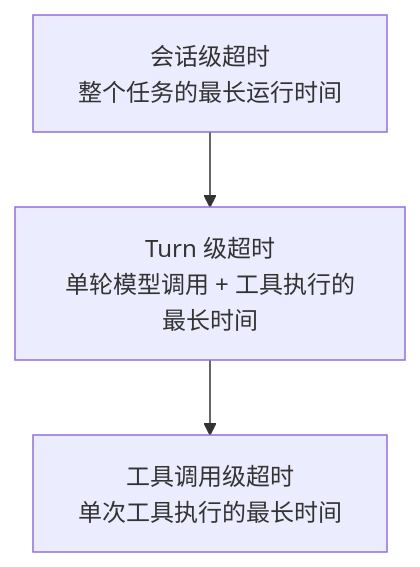
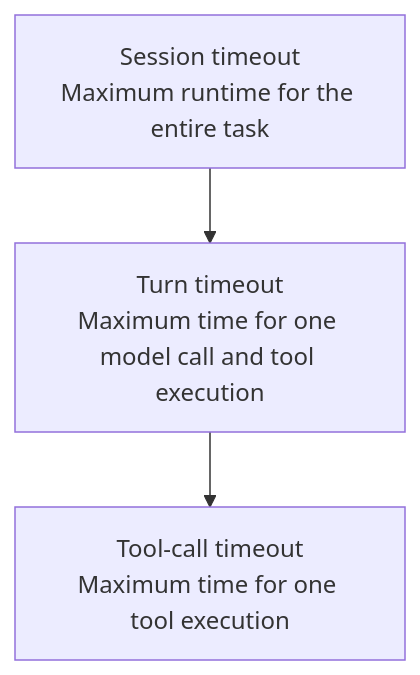
Before and after one commit to oneleaveknowsthefall/awesome-ai-roadmap: the diagram in docs/agent/02-runtime-harness/21-checkpoint-persistence-recovery.md, drawn with Mermaid. The commit also changed other lines of this file and 68 other files, not shown here.

````diff
--- a/docs/agent/02-runtime-harness/21-checkpoint-persistence-recovery.md
+++ b/docs/agent/02-runtime-harness/21-checkpoint-persistence-recovery.md
@@ -47,7 +47,7 @@
 ```mermaid
 flowchart TB
-    S["会话级超时<br/>整个任务的最长运行时间"]
-    T["Turn 级超时<br/>单轮模型调用 + 工具执行的最长时间"]
-    C["工具调用级超时<br/>单次工具执行的最长时间"]
+    S["Session timeout<br/>Maximum runtime for the entire task"]
+    T["Turn timeout<br/>Maximum time for one model call and tool execution"]
+    C["Tool-call timeout<br/>Maximum time for one tool execution"]
     S --> T --> C
 ```
````
